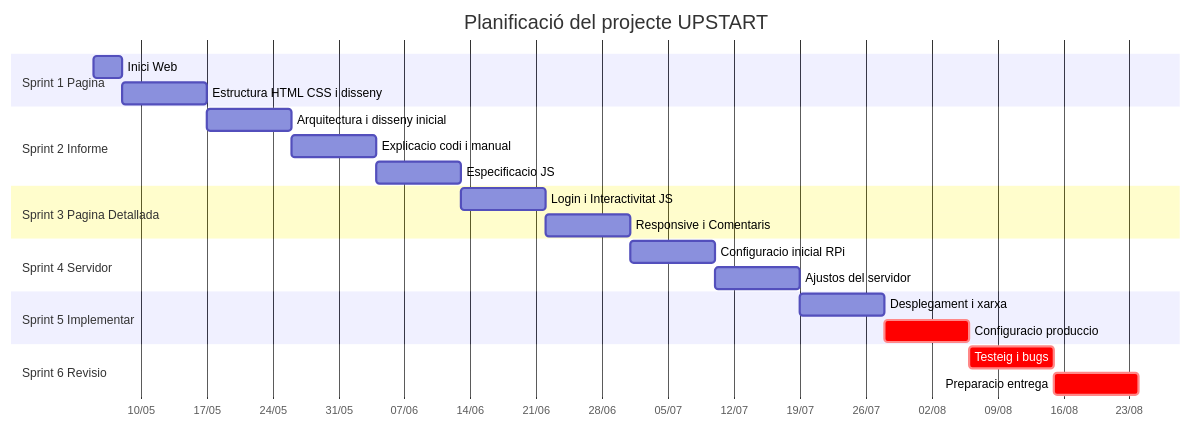
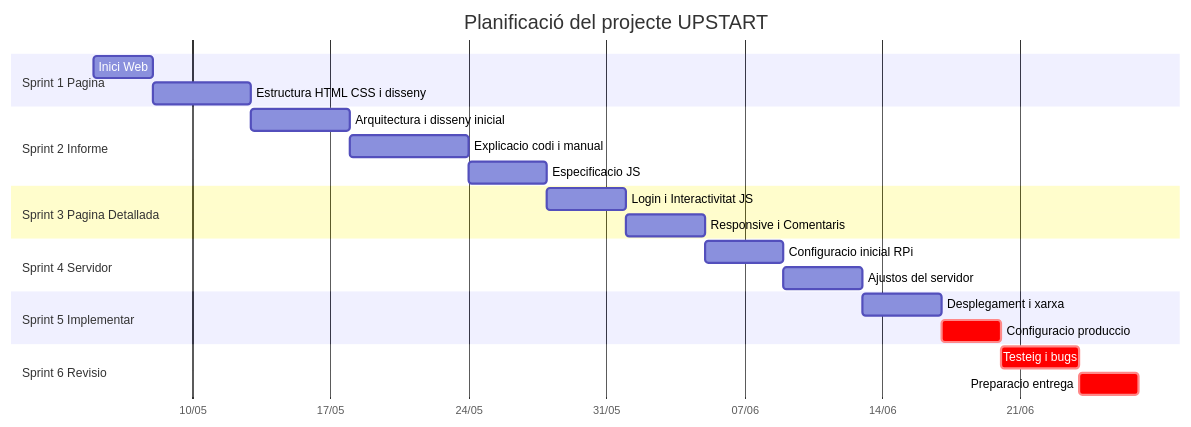
Before and after one commit to Sukhdeep777/upstart: the diagram in README.md, drawn with Mermaid.

````diff
--- a/README.md
+++ b/README.md
@@ -2,31 +2,31 @@
 ```mermaid
 gantt
     title Planificació del projecte UPSTART
     dateFormat  YYYY-MM-DD
     axisFormat  %d/%m
 
     section Sprint 1 Pagina
     Inici Web :s1t1, 2026-05-05, 3d
-    Estructura HTML CSS i disseny  :s1t2, after s1t1, 9d
+    Estructura HTML CSS i disseny  :s1t2, after s1t1,5d
 
     section Sprint 2 Informe
-    Arquitectura i disseny inicial :s2t1, after s1t2, 9d
-    Explicacio codi i manual       :s2t2, after s2t1, 9d
-    Especificacio JS               :s2t3, after s2t2, 9d
+    Arquitectura i disseny inicial :s2t1, after s1t2, 5d
+    Explicacio codi i manual       :s2t2, after s2t1, 6d
+    Especificacio JS               :s2t3, after s2t2, 4d
 
     section Sprint 3 Pagina Detallada
-    Login i Interactivitat JS      :s3t1, after s2t3, 9d
-    Responsive i Comentaris        :s3t2, after s3t1, 9d
+    Login i Interactivitat JS      :s3t1, after s2t3, 4d
+    Responsive i Comentaris        :s3t2, after s3t1, 4d
 
     section Sprint 4 Servidor
-    Configuracio inicial RPi       :s4t1, after s3t2, 9d
-    Ajustos del servidor           :s4t2, after s4t1, 9d
+    Configuracio inicial RPi       :s4t1, after s3t2, 4d
+    Ajustos del servidor           :s4t2, after s4t1, 4d
 
     section Sprint 5 Implementar
-    Desplegament i xarxa           :s5t1, after s4t2, 9d
-    Configuracio produccio         :crit, s5t2, after s5t1, 9d
+    Desplegament i xarxa           :s5t1, after s4t2, 4d
+    Configuracio produccio         :crit, s5t2, after s5t1, 3d
 
     section Sprint 6 Revisio
-    Testeig i bugs                 :crit, s6t1, after s5t2, 9d
-    Preparacio entrega             :crit, s6t2, after s6t1, 9d
+    Testeig i bugs                 :crit, s6t1, after s5t2, 4d
+    Preparacio entrega             :crit, s6t2, after s6t1, 3d
 ```
````
